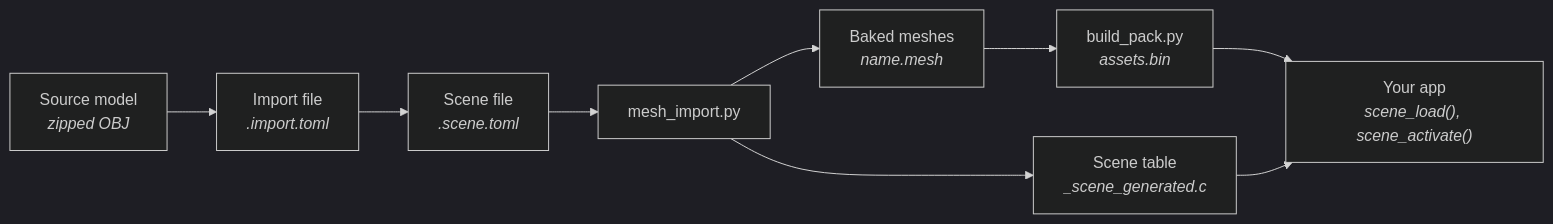
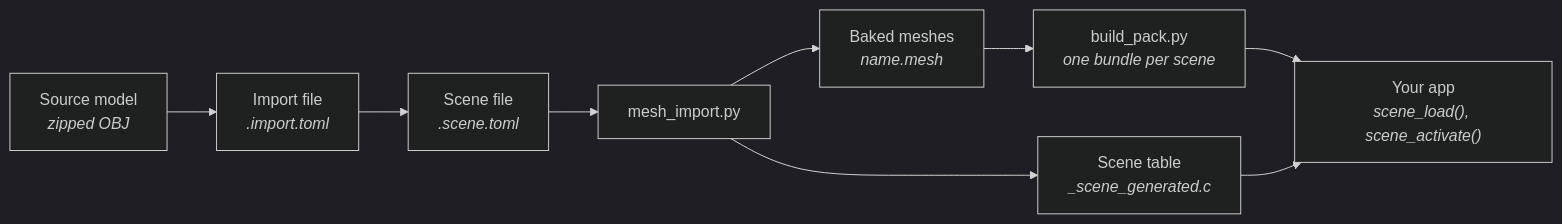
Before and after one commit to jose-villegas/autana: the diagram in docs/render/Building-a-Scene.md, drawn with Mermaid (dark theme). The commit also changed other lines of this file and 37 other files, not shown here.

First line of the commit message:
asset: bundles, one pack per root asset, replace the single pack

````diff
--- a/docs/render/Building-a-Scene.md
+++ b/docs/render/Building-a-Scene.md
@@ -8,11 +8,11 @@
 ```mermaid
 flowchart LR
     Model["Source model<br/><i>zipped OBJ</i>"] --> Import["Import file<br/><i>.import.toml</i>"]
     Import --> Scene["Scene file<br/><i>.scene.toml</i>"]
     Scene --> Bake["mesh_import.py"]
     Bake --> Meshes["Baked meshes<br/><i>name.mesh</i>"]
-    Meshes --> Pack["build_pack.py<br/><i>assets.bin</i>"]
+    Meshes --> Pack["build_pack.py<br/><i>one bundle per scene</i>"]
     Bake --> Table["Scene table<br/><i>_scene_generated.c</i>"]
     Pack --> Draw["Your app<br/><i>scene_load(), scene_activate()</i>"]
     Table --> Draw
 ```
````
